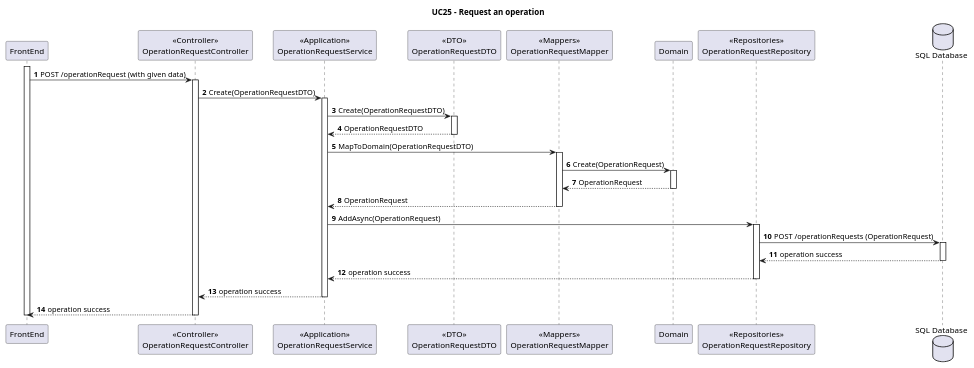
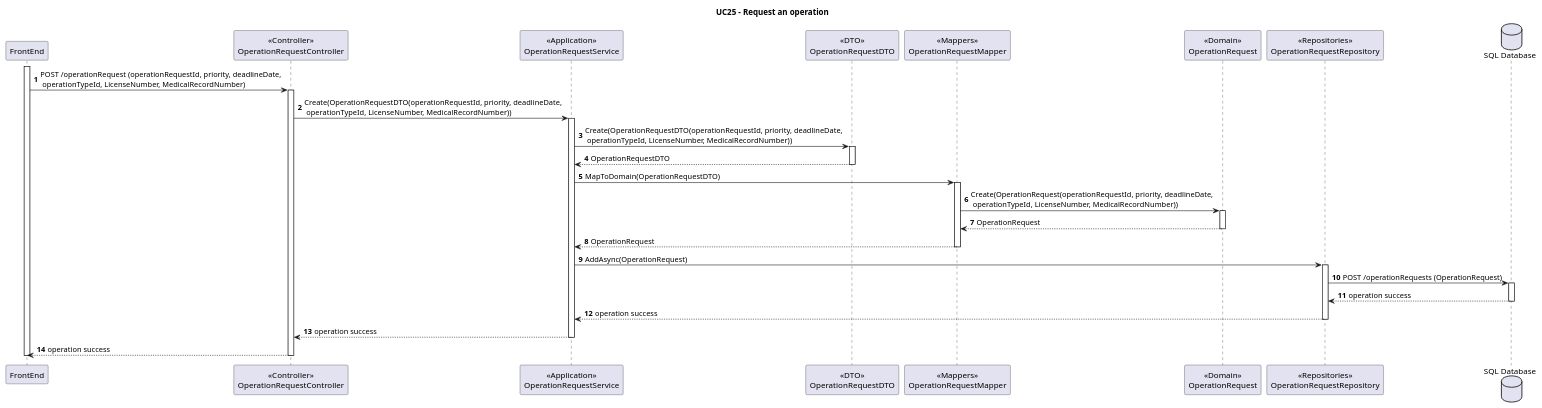
Before and after one commit to MiguelCardoso77/SurgicalSync-BackEnd: the diagram in Wiki/SprintA/diagrams/use-cases/25-request-an-operation/level3/backend-process-view.puml, drawn with PlantUML. The commit also changed 2 other files, not shown here.

```diff
--- a/Wiki/SprintA/diagrams/use-cases/25-request-an-operation/level3/backend-process-view.puml
+++ b/Wiki/SprintA/diagrams/use-cases/25-request-an-operation/level3/backend-process-view.puml
@@ -1,74 +1,74 @@
 @startuml
 autonumber
 
 Title "UC25 - Request an operation"
 
 participant "FrontEnd" as FE
 participant "<<Controller>>\nOperationRequestController" as CN
 participant "<<Application>>\nOperationRequestService" as SV
 participant "<<DTO>>\nOperationRequestDTO" as DTO
 participant "<<Mappers>>\nOperationRequestMapper" as MP
-participant "Domain" as DM
+participant "<<Domain>>\nOperationRequest" as DM
 participant "<<Repositories>>\nOperationRequestRepository" as REPO
 database "SQL Database" as SQL
 
 activate FE
 
-FE -> CN : POST /operationRequest (with given data)
+FE -> CN : POST /operationRequest (operationRequestId, priority, deadlineDate,\n operationTypeId, LicenseNumber, MedicalRecordNumber)
 
 activate CN
 
-CN -> SV : Create(OperationRequestDTO)
+CN -> SV : Create(OperationRequestDTO(operationRequestId, priority, deadlineDate,\n operationTypeId, LicenseNumber, MedicalRecordNumber))
 
 activate SV
 
-SV -> DTO : Create(OperationRequestDTO)
+SV -> DTO : Create(OperationRequestDTO(operationRequestId, priority, deadlineDate,\n operationTypeId, LicenseNumber, MedicalRecordNumber))
 
 activate DTO
 
 DTO --> SV : OperationRequestDTO
 
 deactivate DTO
 
 SV -> MP : MapToDomain(OperationRequestDTO)
 
 activate MP
 
-MP -> DM : Create(OperationRequest)
+MP -> DM : Create(OperationRequest(operationRequestId, priority, deadlineDate,\n operationTypeId, LicenseNumber, MedicalRecordNumber))
 
 activate DM
 
 DM --> MP : OperationRequest
 
 deactivate DM
 
 MP --> SV : OperationRequest
 
 deactivate MP
 
 SV -> REPO : AddAsync(OperationRequest)
 
 activate REPO
 
 REPO -> SQL : POST /operationRequests (OperationRequest)
 
 activate SQL
 
 SQL --> REPO : operation success
 
 deactivate SQL 
 
 REPO --> SV : operation success
 
 deactivate REPO
 
 SV --> CN : operation success
 
 deactivate SV
 
 CN --> FE : operation success
 
 deactivate CN
 
 deactivate FE
 @enduml
```
